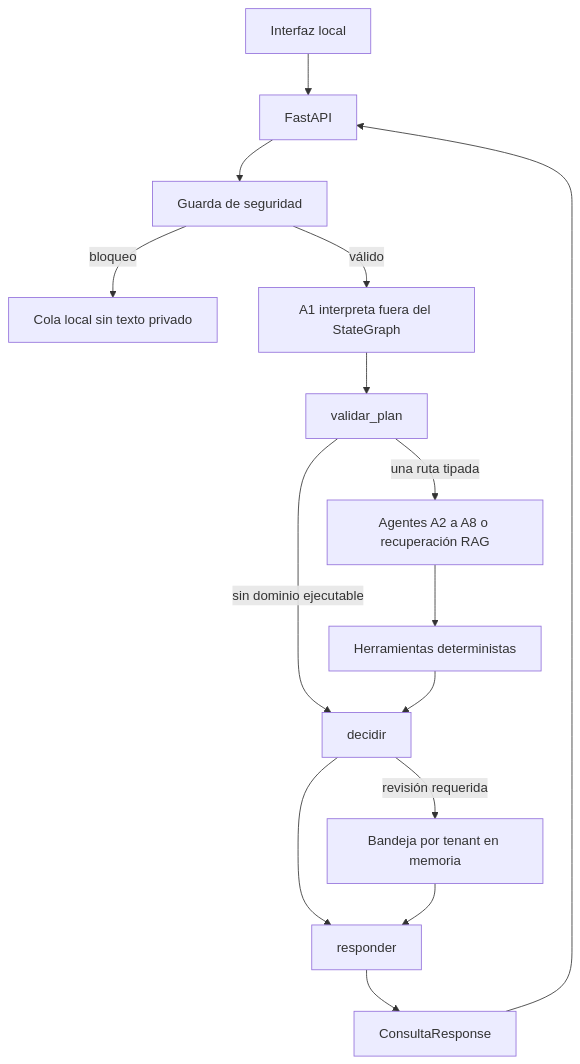
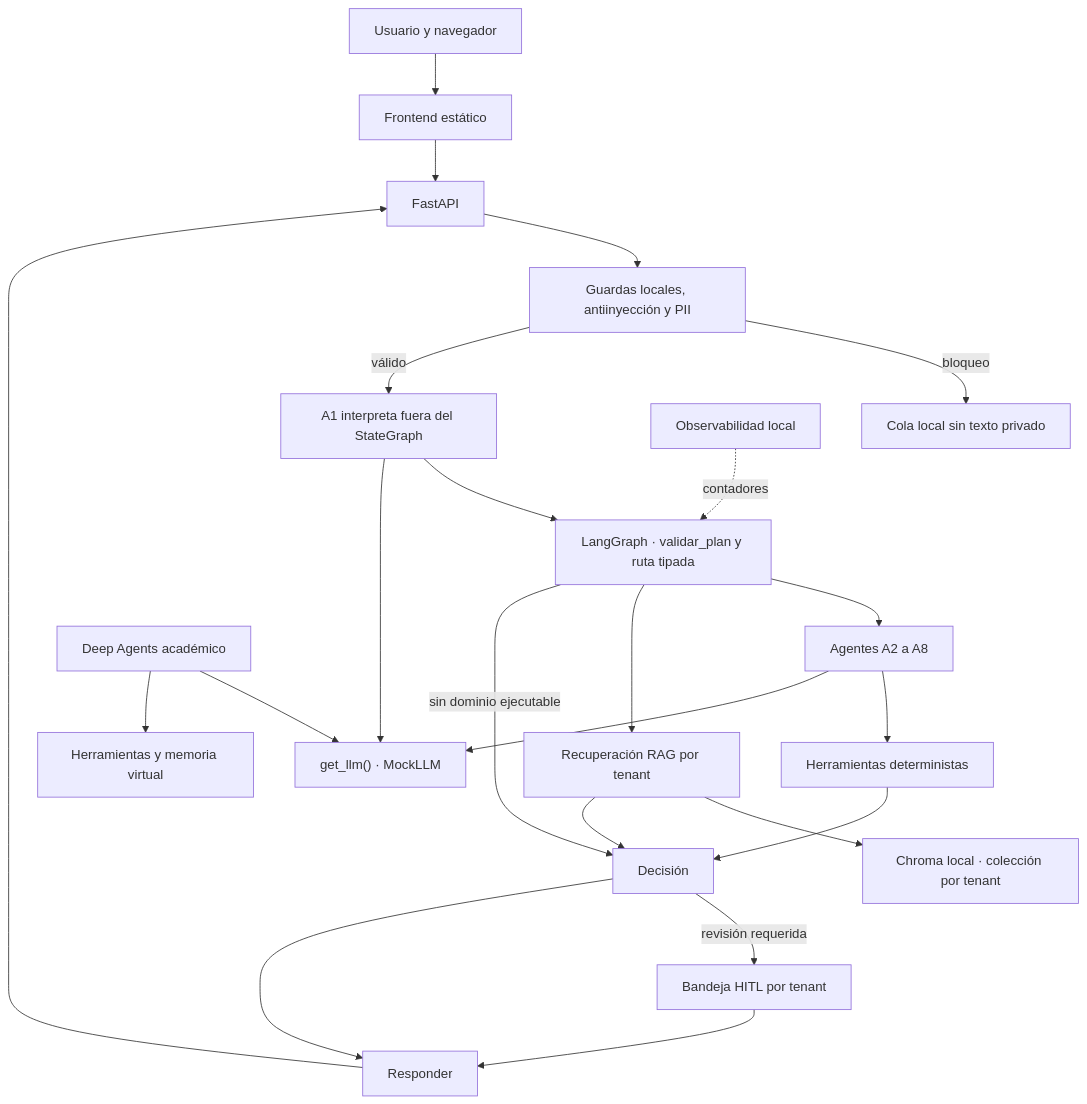
Before and after one commit to alessandrorr1007-debug/veltri: the first of 4 diagrams in docs/arquitectura.md, drawn with Mermaid. The commit also changed other lines of this file and 8 other files, not shown here.

````diff
--- a/docs/arquitectura.md
+++ b/docs/arquitectura.md
@@ -7,17 +7,26 @@
 ```mermaid
 flowchart TD
- UI[Interfaz local] --> API[FastAPI]
- API --> SEG[Guarda de seguridad]
+ B[Usuario y navegador] --> UI[Frontend estático]
+ UI --> API[FastAPI]
+ API --> SEG[Guardas locales, antiinyección y PII]
  SEG -->|bloqueo| DLQ[Cola local sin texto privado]
  SEG -->|válido| A1[A1 interpreta fuera del StateGraph]
- A1 --> V[validar_plan]
- V -->|una ruta tipada| D[Agentes A2 a A8 o recuperación RAG]
- V -->|sin dominio ejecutable| DEC[decidir]
+ A1 --> V["LangGraph · validar_plan y ruta tipada"]
+ V --> D[Agentes A2 a A8]
+ V --> RAG[Recuperación RAG por tenant]
+ V -->|sin dominio ejecutable| DEC[Decisión]
  D --> T[Herramientas deterministas]
+ A1 --> M["get_llm() · MockLLM"]
+ D --> M
+ RAG --> C[Chroma local · colección por tenant]
+ RAG --> DEC
  T --> DEC
- DEC -->|revisión requerida| B[Bandeja por tenant en memoria]
- DEC --> R[responder]
- B --> R
- R --> OUT[ConsultaResponse]
- OUT --> API
+ DEC -->|revisión requerida| HITL[Bandeja HITL por tenant]
+ DEC --> R[Responder]
+ HITL --> R
+ R --> API
+ O[Observabilidad local] -. contadores .-> V
+ DA[Deep Agents académico] --> M
+ DA --> VIRTUAL[Herramientas y memoria virtual]
+
 ```
````
